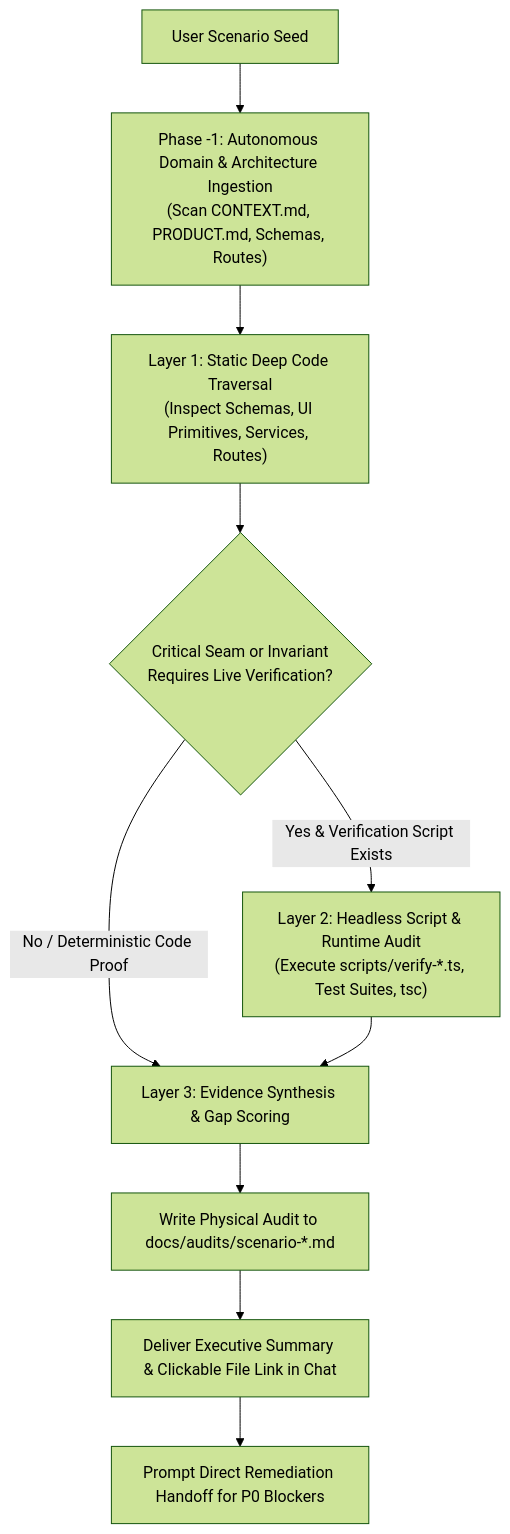
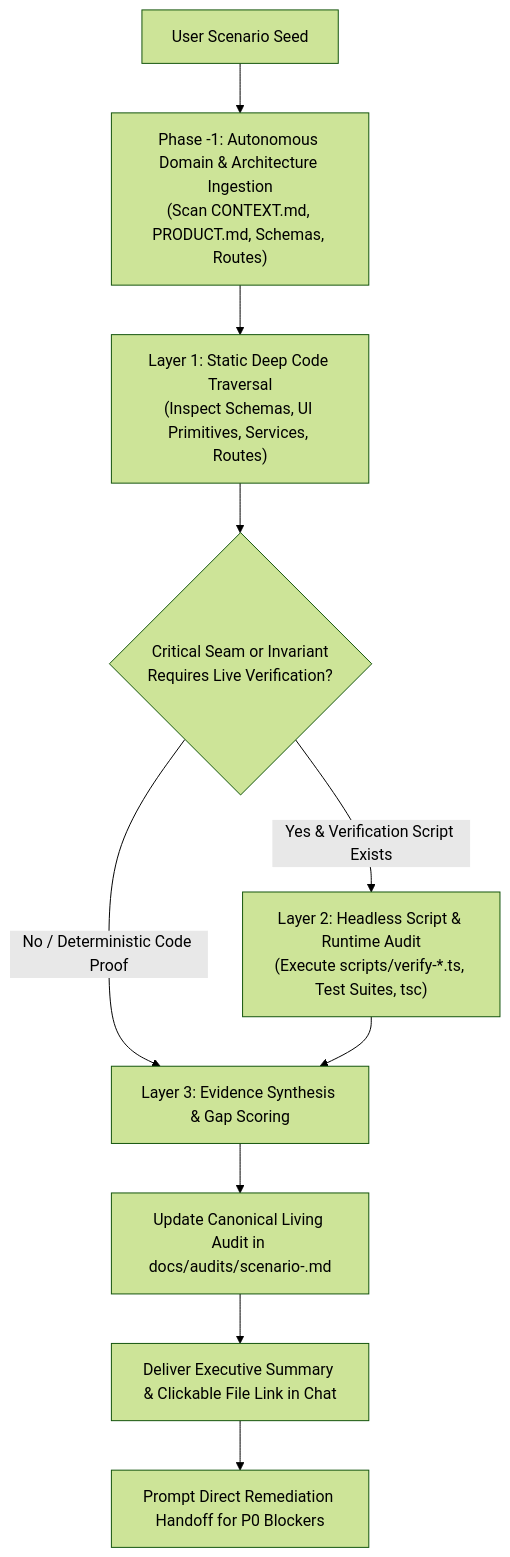
Before and after one commit to Delizade-Antigravity-Skills/scenario-probe: the diagram in SKILL.md, drawn with Mermaid (forest theme). The commit also changed other lines of this file, not shown here.

Commit message:
feat: implement living single-file audit doctrine (docs/audits/scenario-<slug>.md)

````diff
--- a/SKILL.md
+++ b/SKILL.md
@@ -63,12 +63,12 @@
 ```mermaid
 flowchart TD
     Scenario["User Scenario Seed"] --> Ingestion["Phase -1: Autonomous Domain & Architecture Ingestion<br/>(Scan CONTEXT.md, PRODUCT.md, Schemas, Routes)"]
     Ingestion --> Layer1["Layer 1: Static Deep Code Traversal<br/>(Inspect Schemas, UI Primitives, Services, Routes)"]
     Layer1 --> SeamCheck{"Critical Seam or Invariant<br/>Requires Live Verification?"}
     SeamCheck -- "Yes & Verification Script Exists" --> Layer2["Layer 2: Headless Script & Runtime Audit<br/>(Execute scripts/verify-*.ts, Test Suites, tsc)"]
     SeamCheck -- "No / Deterministic Code Proof" --> Synthesize["Layer 3: Evidence Synthesis & Gap Scoring"]
     Layer2 --> Synthesize
-    Synthesize --> InRepoDoc["Write Physical Audit to docs/audits/scenario-*.md"]
+    Synthesize --> InRepoDoc["Update Canonical Living Audit in docs/audits/scenario-<slug>.md"]
     InRepoDoc --> ChatSummary["Deliver Executive Summary & Clickable File Link in Chat"]
     ChatSummary --> RemediationPrompt["Prompt Direct Remediation Handoff for P0 Blockers"]
 ```
````
